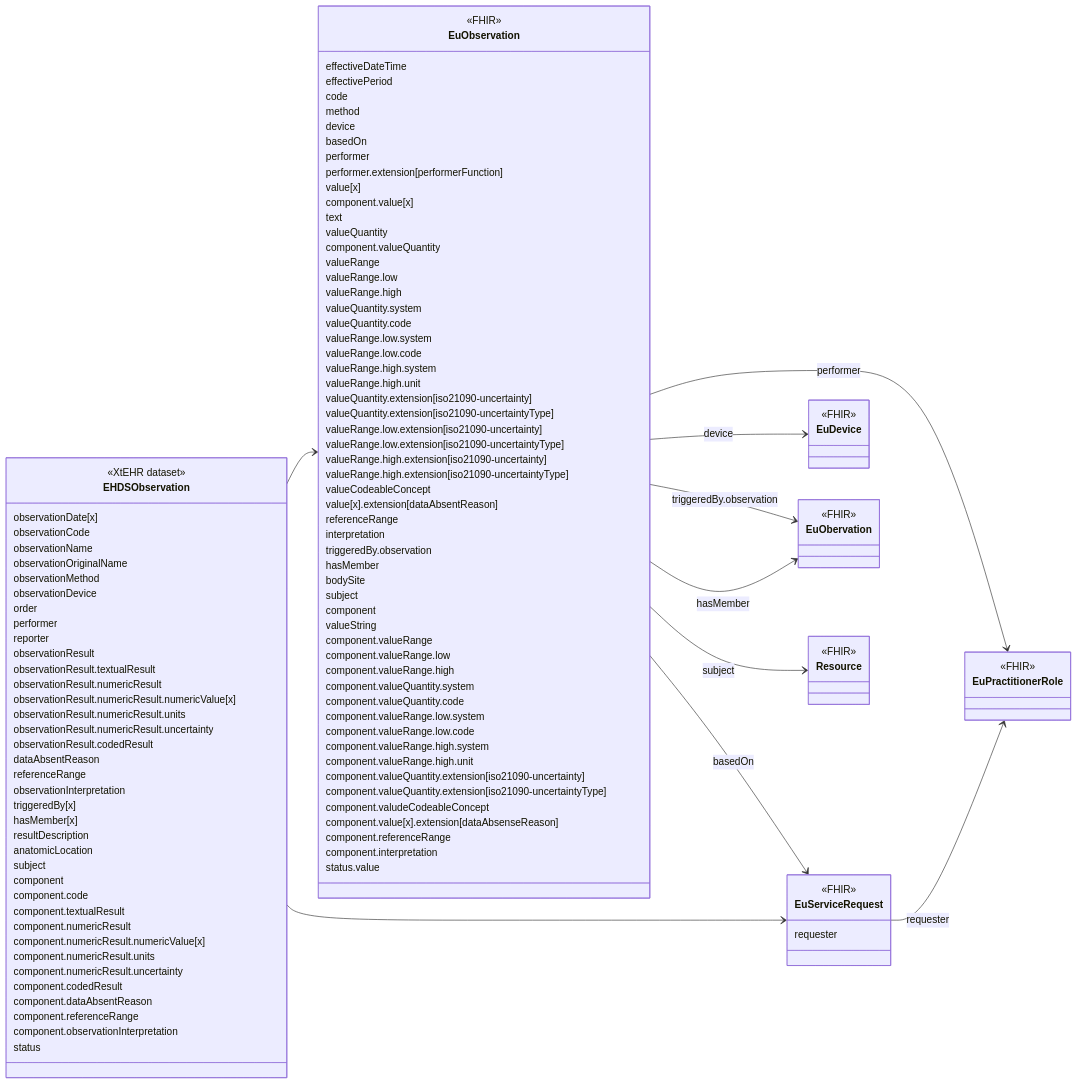
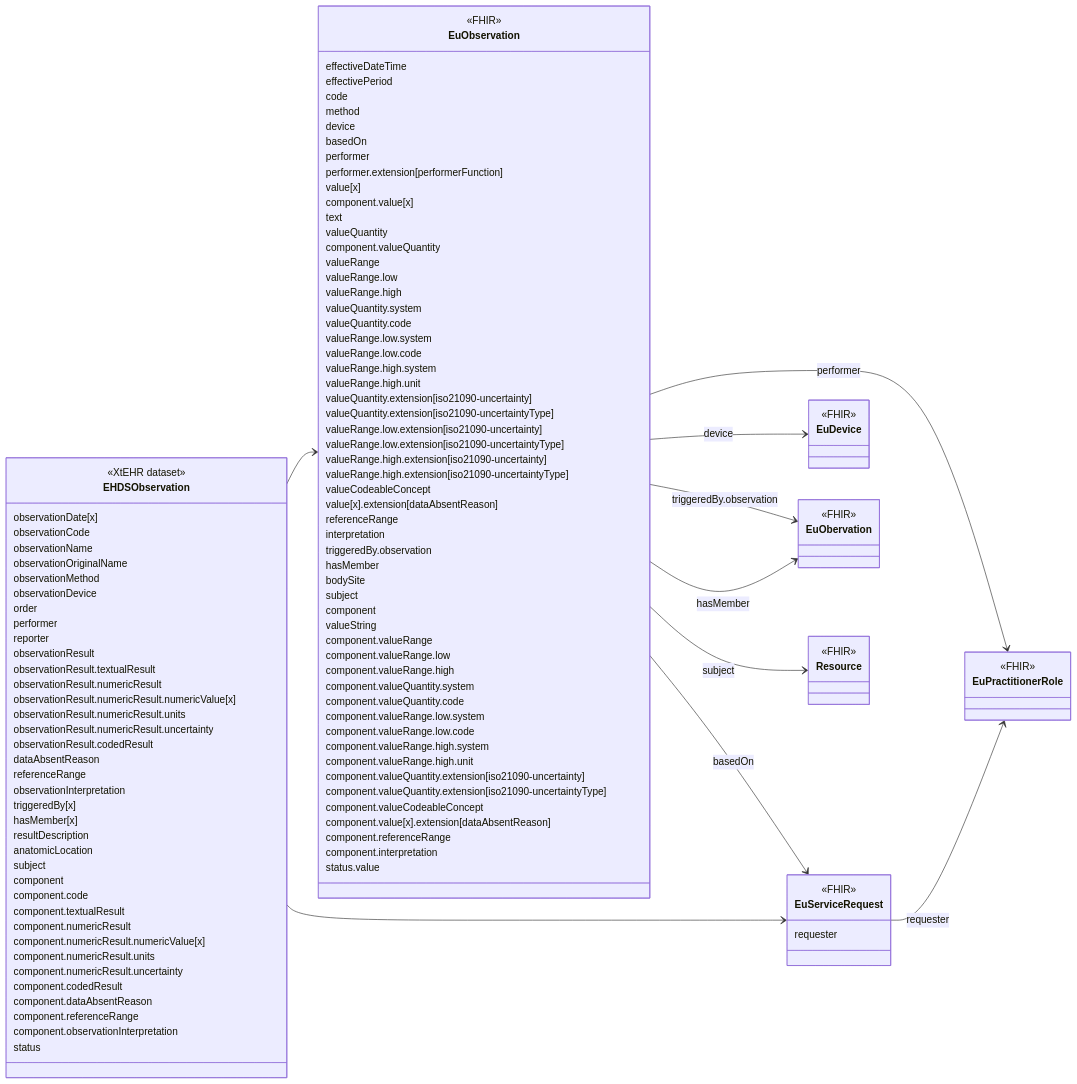
The diagram in input/intro-notes/ConceptMap-EHDSObservationMap-intro.md (oijauregui/ehdsimaging), drawn with Mermaid before and after one commit. The commit also changed 23 other files, not shown here.

```diff
--- a/input/intro-notes/ConceptMap-EHDSObservationMap-intro.md
+++ b/input/intro-notes/ConceptMap-EHDSObservationMap-intro.md
@@ -96,8 +96,8 @@
   component.valueRange.high.unit
   component.valueQuantity.extension[iso21090-uncertainty]
   component.valueQuantity.extension[iso21090-uncertaintyType]
-  component.valudeCodeableConcept
-  component.value[x].extension[dataAbsenseReason]
+  component.valueCodeableConcept
+  component.value[x].extension[dataAbsentReason]
   component.referenceRange
   component.interpretation
   status.value
```
